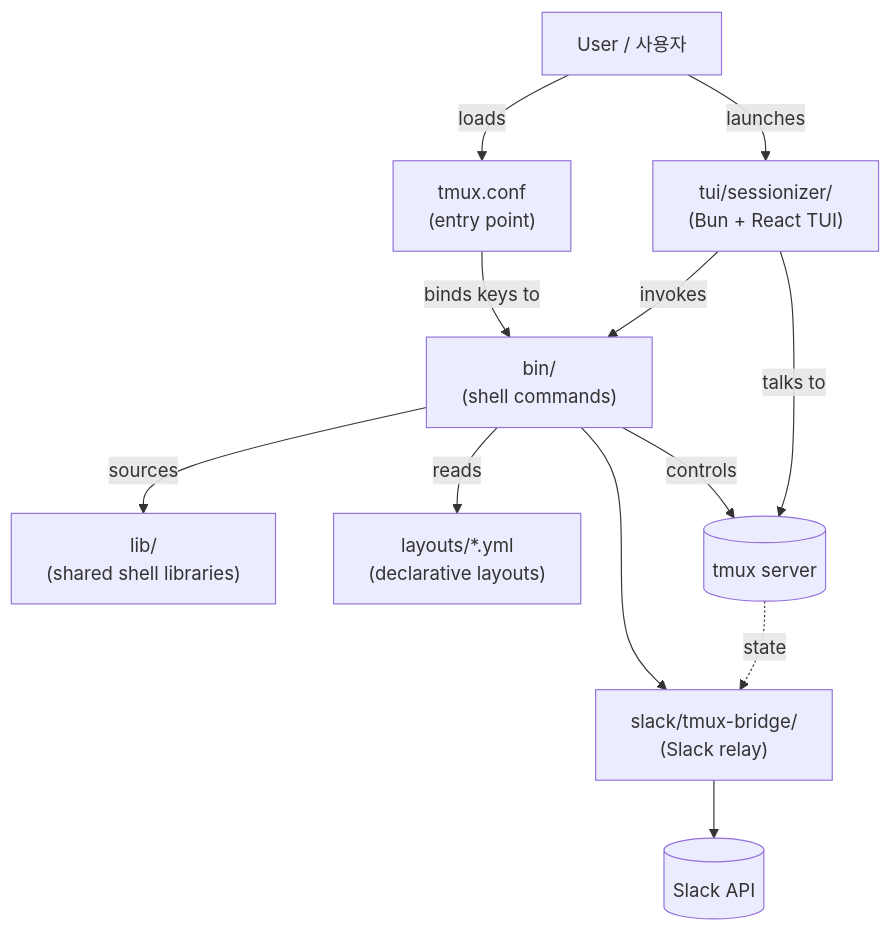
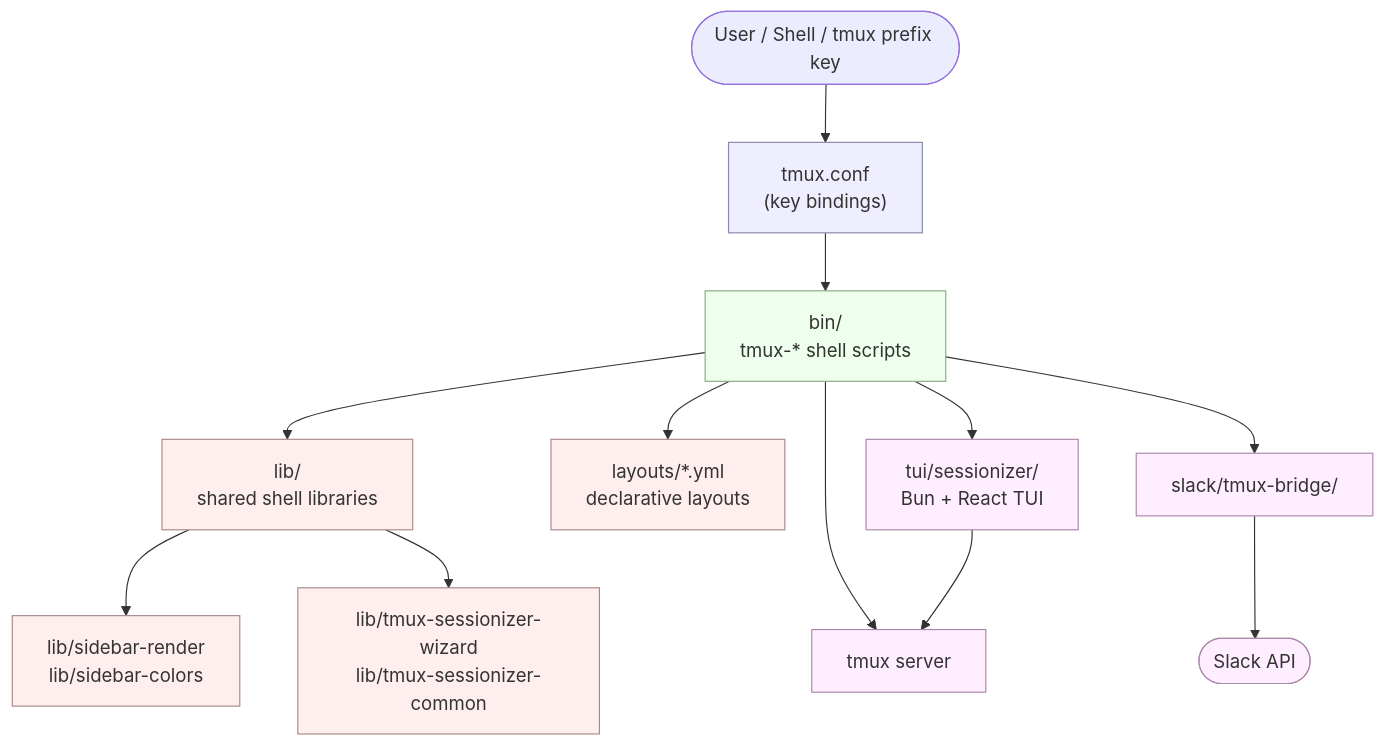
One commit to jclee941/tmux changed the diagram in README.md. Above: the diagram before and after it, drawn with Mermaid. The commit also changed other lines of this file, not shown here.

````diff
--- a/README.md
+++ b/README.md
@@ -72,24 +129,27 @@
 ```mermaid
-flowchart TB
-    User[User / 사용자]
-    Conf["tmux.conf<br/>(entry point)"]
-    Bin["bin/<br/>(shell commands)"]
-    Lib["lib/<br/>(shared shell libraries)"]
-    Layouts["layouts/*.yml<br/>(declarative layouts)"]
-    TUI["tui/sessionizer/<br/>(Bun + React TUI)"]
-    Slack["slack/tmux-bridge/<br/>(Slack relay)"]
-    Tmux[("tmux server")]
-    SlackAPI[("Slack API")]
+flowchart TD
+    User(["User / Shell / tmux prefix key"]) --> TmuxConf["tmux.conf<br/>(key bindings)"]
+    TmuxConf --> Bin["bin/<br/>tmux-* shell scripts"]
 
-    User -->|loads| Conf
-    Conf -->|binds keys to| Bin
-    Bin -->|sources| Lib
-    Bin -->|reads| Layouts
-    Bin -->|controls| Tmux
-    User -->|launches| TUI
-    TUI -->|invokes| Bin
-    TUI -->|talks to| Tmux
-    Bin --> Slack
-    Slack --> SlackAPI
-    Tmux -. state .-> Slack
+    Bin --> Lib["lib/<br/>shared shell libraries"]
+    Bin --> Layouts["layouts/*.yml<br/>declarative layouts"]
+    Bin --> Tmux["tmux server"]
+
+    Lib --> Sidebar["lib/sidebar-render<br/>lib/sidebar-colors"]
+    Lib --> Wizard["lib/tmux-sessionizer-wizard<br/>lib/tmux-sessionizer-common"]
+
+    Bin --> TUI["tui/sessionizer/<br/>Bun + React TUI"]
+    TUI --> Tmux
+
+    Bin --> Slack["slack/tmux-bridge/"]
+    Slack --> SlackAPI(["Slack API"])
+
+    classDef config fill:#eef,stroke:#88a;
+    classDef script fill:#efe,stroke:#8a8;
+    classDef lib fill:#fee,stroke:#a88;
+    classDef ext fill:#fef,stroke:#a8a;
+    class TmuxConf config;
+    class Bin script;
+    class Lib,Sidebar,Wizard,Layouts lib;
+    class TUI,Slack,Tmux,SlackAPI ext;
 ```
````
